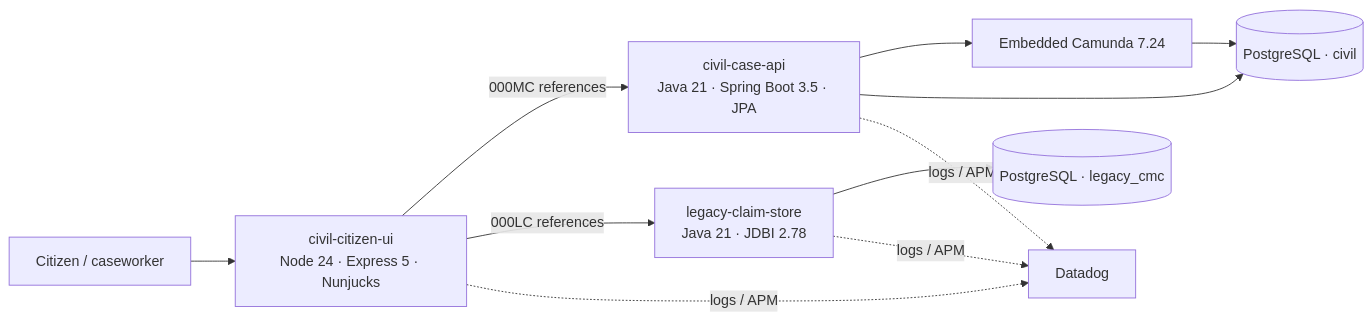
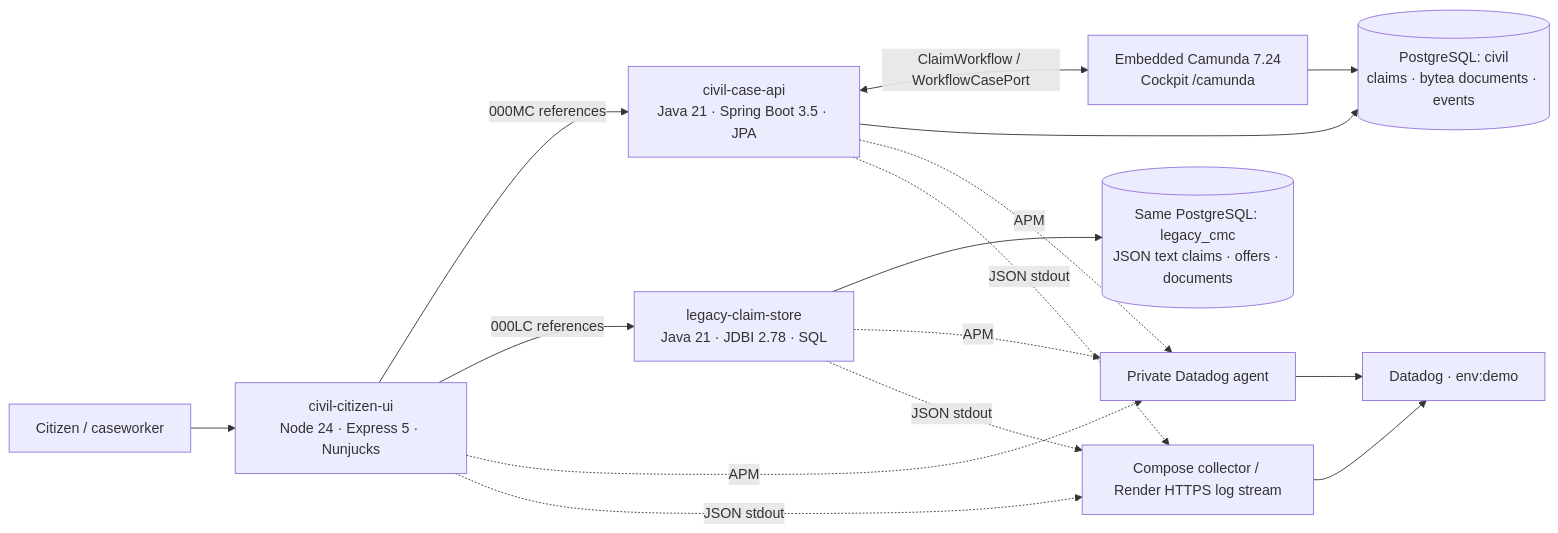
Before and after one commit to COG-GTM/civil-money-claims-demo: the diagram in README.md, drawn with Mermaid. The commit also changed other lines of this file and 10 other files, not shown here.

Commit message:
Integrate full claim journeys, transactional workflow reset and deployment configuration

````diff
--- a/README.md
+++ b/README.md
@@ -7,13 +9,14 @@
 ```mermaid
 flowchart LR
-  Citizen[Citizen / caseworker] --> UI[civil-citizen-ui\nNode 24 · Express 5 · Nunjucks]
-  UI -->|000MC references| API[civil-case-api\nJava 21 · Spring Boot 3.5 · JPA]
-  UI -->|000LC references| Legacy[legacy-claim-store\nJava 21 · JDBI 2.78]
-  API --> Workflow[Embedded Camunda 7.24]
-  API --> DB[(PostgreSQL · civil)]
-  Workflow --> DB
-  Legacy --> LegacyDB[(PostgreSQL · legacy_cmc)]
-  UI -. logs / APM .-> DD[Datadog]
-  API -. logs / APM .-> DD
-  Legacy -. logs / APM .-> DD
+  Person[Citizen / caseworker] --> UI[civil-citizen-ui<br/>Node 24 · Express 5 · Nunjucks]
+  UI -->|000MC references| API[civil-case-api<br/>Java 21 · Spring Boot 3.5 · JPA]
+  UI -->|000LC references| Legacy[legacy-claim-store<br/>Java 21 · JDBI 2.78 · SQL]
+  API <-->|ClaimWorkflow / WorkflowCasePort| BPMN[Embedded Camunda 7.24<br/>Cockpit /camunda]
+  API --> Civil[(PostgreSQL: civil<br/>claims · bytea documents · events)]
+  BPMN --> Civil
+  Legacy --> Old[(Same PostgreSQL: legacy_cmc<br/>JSON text claims · offers · documents)]
+  UI & API & Legacy -. APM .-> Agent[Private Datadog agent]
+  Agent --> DD[Datadog · env:demo]
+  UI & API & Legacy -. JSON stdout .-> Logs[Compose collector / Render HTTPS log stream]
+  Logs --> DD
 ```
````
